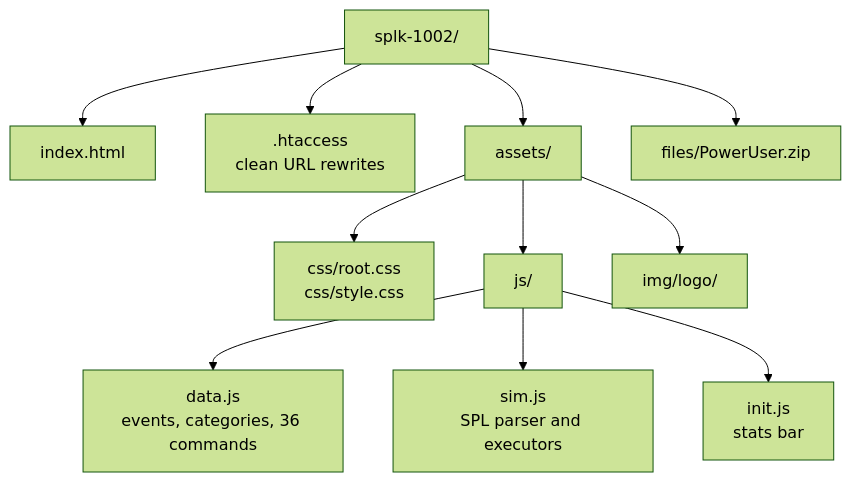
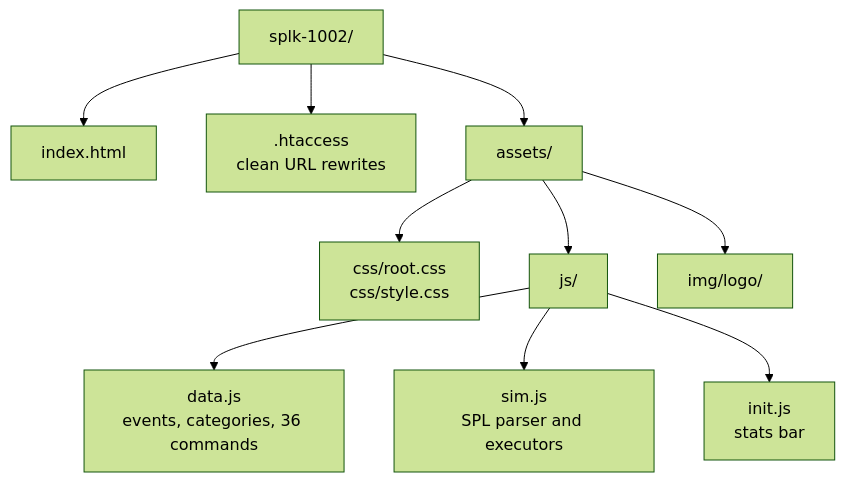
The third of 3 diagrams in splk-1002/README.md (qays3/Splunk-Practice), drawn with Mermaid (forest theme) before and after one commit. The commit also changed other lines of this file and 4 other files, not shown here.

````diff
--- a/splk-1002/README.md
+++ b/splk-1002/README.md
@@ -63,13 +63,12 @@
 ```mermaid
 flowchart TD
     R["splk-1002/"] --> I["index.html"]
     R --> H[".htaccess<br/>clean URL rewrites"]
     R --> A["assets/"]
-    R --> F["files/PowerUser.zip"]
     A --> CSS["css/root.css<br/>css/style.css"]
     A --> JS["js/"]
     A --> IMG["img/logo/"]
     JS --> D["data.js<br/>events, categories, 36 commands"]
     JS --> S["sim.js<br/>SPL parser and executors"]
     JS --> N["init.js<br/>stats bar"]
 ```
````
